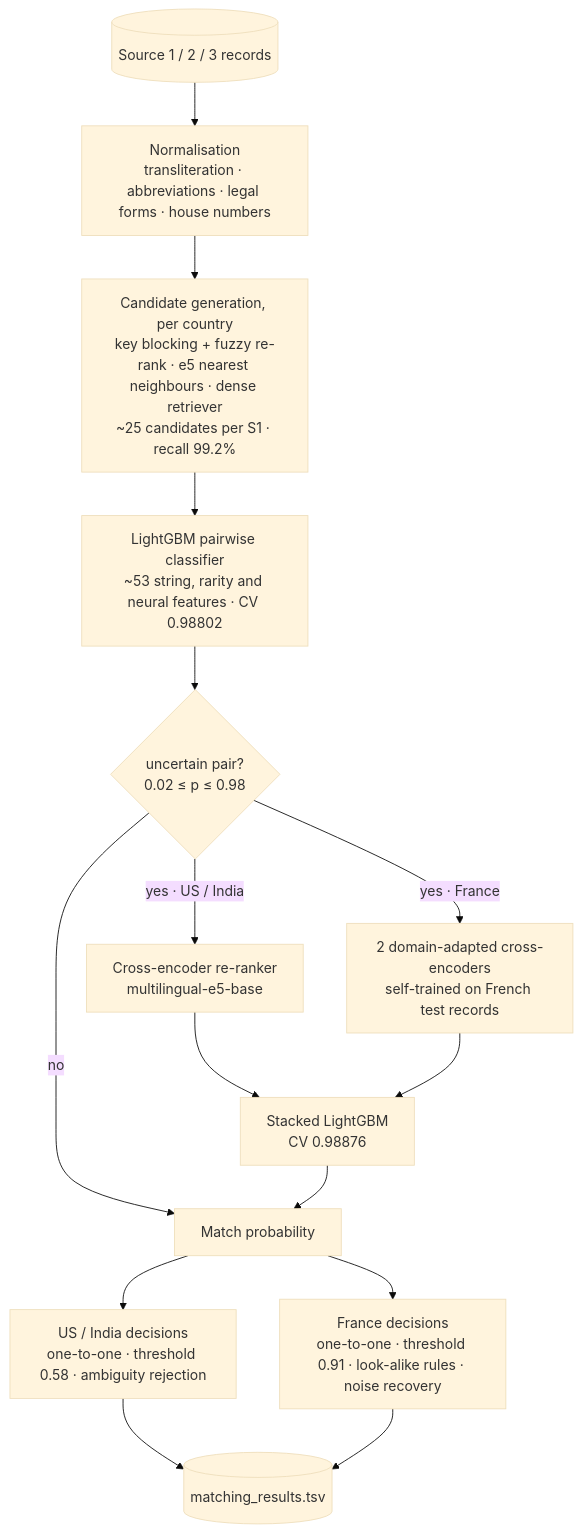
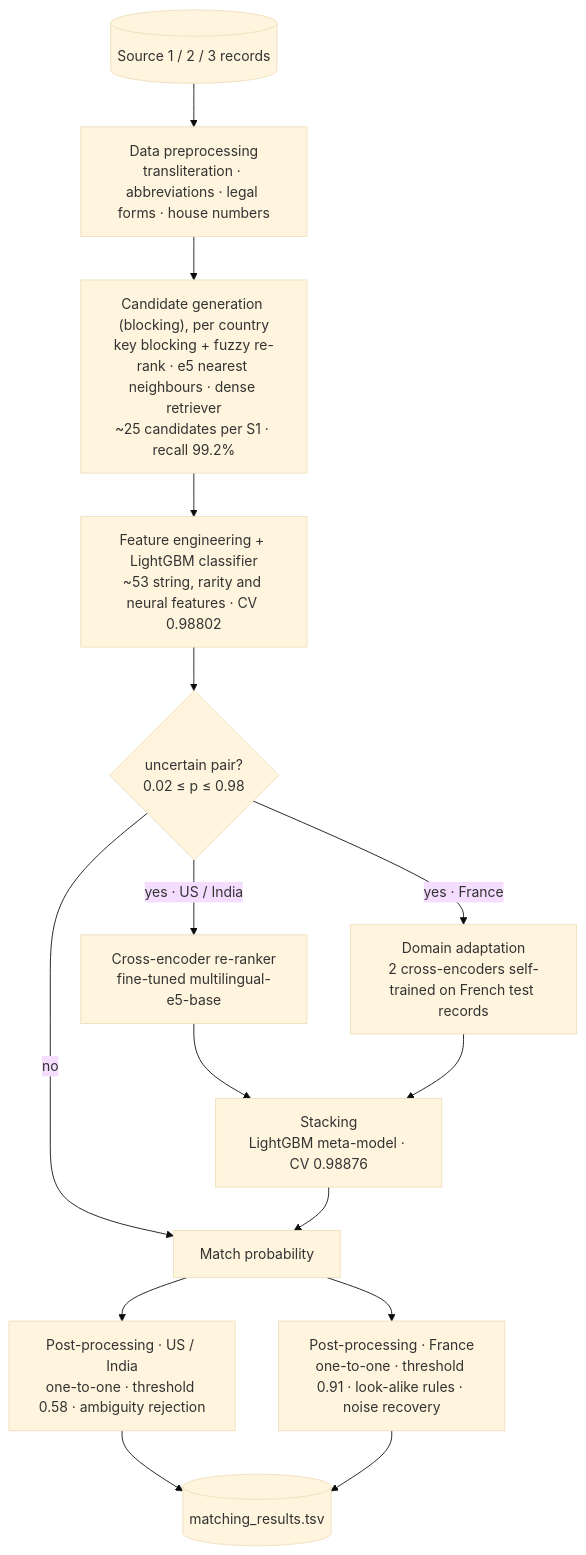
One commit to Martial-Gautam/Amazon-ML-Challenge-2026 changed the diagram in README.md. Above: the diagram before and after it, drawn with Mermaid (base theme). The commit also changed other lines of this file and 1 other file, not shown here.

````diff
--- a/README.md
+++ b/README.md
@@ -89,17 +89,17 @@
 ```mermaid
 flowchart TD
-    A[("Source 1 / 2 / 3 records")] --> B["Normalisation<br/>transliteration · abbreviations · legal forms · house numbers"]
-    B --> C["Candidate generation, per country<br/>key blocking + fuzzy re-rank · e5 nearest neighbours · dense retriever<br/>~25 candidates per S1 · recall 99.2%"]
-    C --> D["LightGBM pairwise classifier<br/>~53 string, rarity and neural features · CV 0.98802"]
+    A[("Source 1 / 2 / 3 records")] --> B["Data preprocessing<br/>transliteration · abbreviations · legal forms · house numbers"]
+    B --> C["Candidate generation (blocking), per country<br/>key blocking + fuzzy re-rank · e5 nearest neighbours · dense retriever<br/>~25 candidates per S1 · recall 99.2%"]
+    C --> D["Feature engineering + LightGBM classifier<br/>~53 string, rarity and neural features · CV 0.98802"]
     D --> F{"uncertain pair?<br/>0.02 ≤ p ≤ 0.98"}
     F -- "no" --> K["Match probability"]
-    F -- "yes · US / India" --> G["Cross-encoder re-ranker<br/>multilingual-e5-base"]
-    F -- "yes · France" --> H["2 domain-adapted cross-encoders<br/>self-trained on French test records"]
-    G --> I["Stacked LightGBM<br/>CV 0.98876"]
+    F -- "yes · US / India" --> G["Cross-encoder re-ranker<br/>fine-tuned multilingual-e5-base"]
+    F -- "yes · France" --> H["Domain adaptation<br/>2 cross-encoders self-trained on French test records"]
+    G --> I["Stacking<br/>LightGBM meta-model · CV 0.98876"]
     H --> I
     I --> K
-    K --> L["US / India decisions<br/>one-to-one · threshold 0.58 · ambiguity rejection"]
-    K --> M["France decisions<br/>one-to-one · threshold 0.91 · look-alike rules · noise recovery"]
+    K --> L["Post-processing · US / India<br/>one-to-one · threshold 0.58 · ambiguity rejection"]
+    K --> M["Post-processing · France<br/>one-to-one · threshold 0.91 · look-alike rules · noise recovery"]
     L --> O[("matching_results.tsv")]
     M --> O
 ```
````
